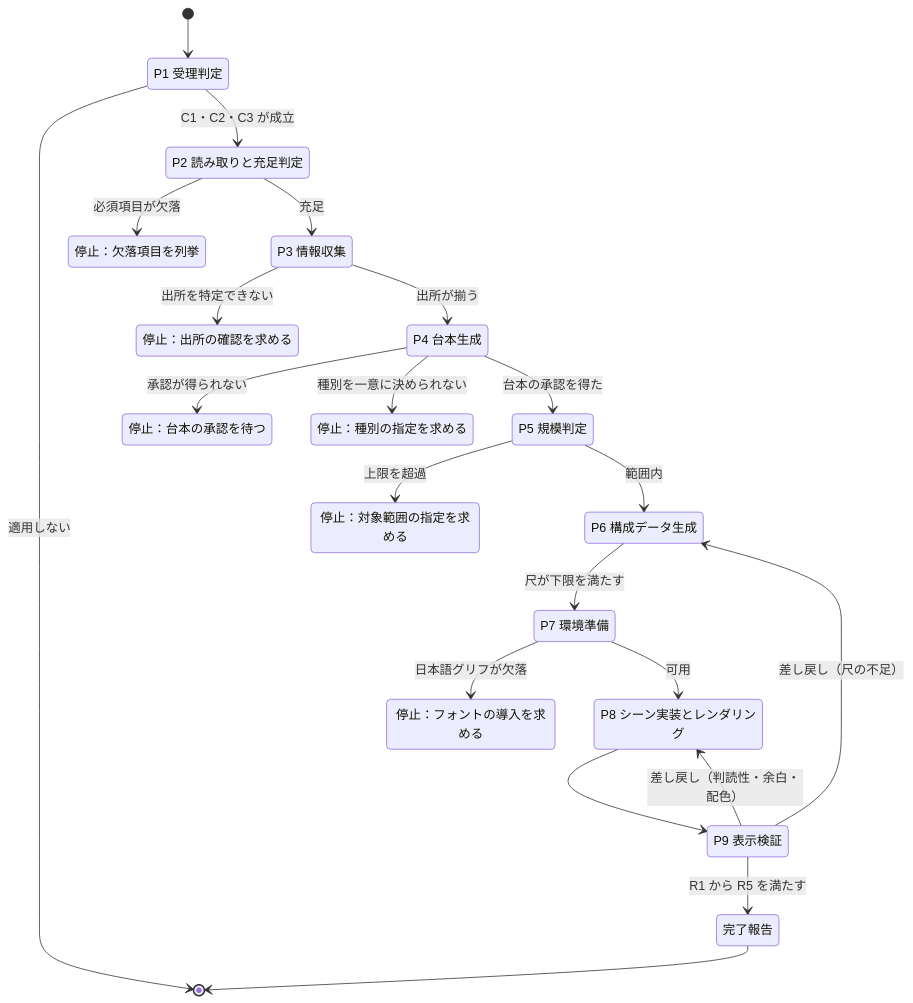
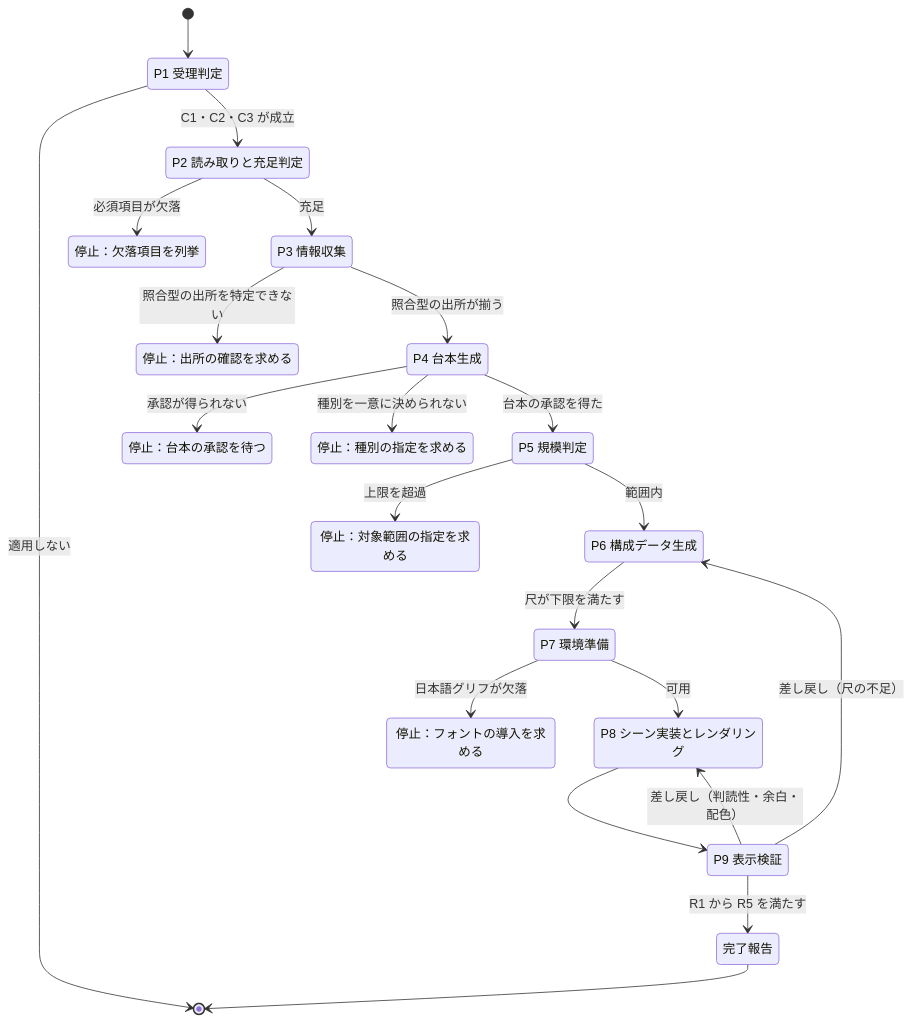
The second of 3 diagrams in SPEC/skill-structure.md (rictaworks/spec-to-mp4-video-skill), drawn with Mermaid before and after one commit. The commit also changed 3 other files, not shown here.

````diff
--- a/SPEC/skill-structure.md
+++ b/SPEC/skill-structure.md
@@ -44,40 +44,40 @@
 ```mermaid
 stateDiagram-v2
     [*] --> P1
     state "P1 受理判定" as P1
     state "P2 読み取りと充足判定" as P2
     state "P3 情報収集" as P3
     state "P4 台本生成" as P4
     state "P5 規模判定" as P5
     state "P6 構成データ生成" as P6
     state "P7 環境準備" as P7
     state "P8 シーン実装とレンダリング" as P8
     state "P9 表示検証" as P9
     state "停止：欠落項目を列挙" as S1
     state "停止：対象範囲の指定を求める" as S2
     state "停止：フォントの導入を求める" as S3
     state "停止：出所の確認を求める" as S4
     state "停止：台本の承認を待つ" as S5
     state "停止：種別の指定を求める" as S6
     state "完了報告" as DONE
 
     P1 --> P2 : C1・C2・C3 が成立
     P1 --> [*] : 適用しない
     P2 --> S1 : 必須項目が欠落
     P2 --> P3 : 充足
-    P3 --> S4 : 出所を特定できない
-    P3 --> P4 : 出所が揃う
+    P3 --> S4 : 照合型の出所を特定できない
+    P3 --> P4 : 照合型の出所が揃う
     P4 --> S6 : 種別を一意に決められない
     P4 --> S5 : 承認が得られない
     P4 --> P5 : 台本の承認を得た
     P5 --> S2 : 上限を超過
     P5 --> P6 : 範囲内
     P6 --> P7 : 尺が下限を満たす
     P7 --> S3 : 日本語グリフが欠落
     P7 --> P8 : 可用
     P8 --> P9
     P9 --> P8 : 差し戻し（判読性・余白・配色）
     P9 --> P6 : 差し戻し（尺の不足）
     P9 --> DONE : R1 から R5 を満たす
     DONE --> [*]
 ```
````
